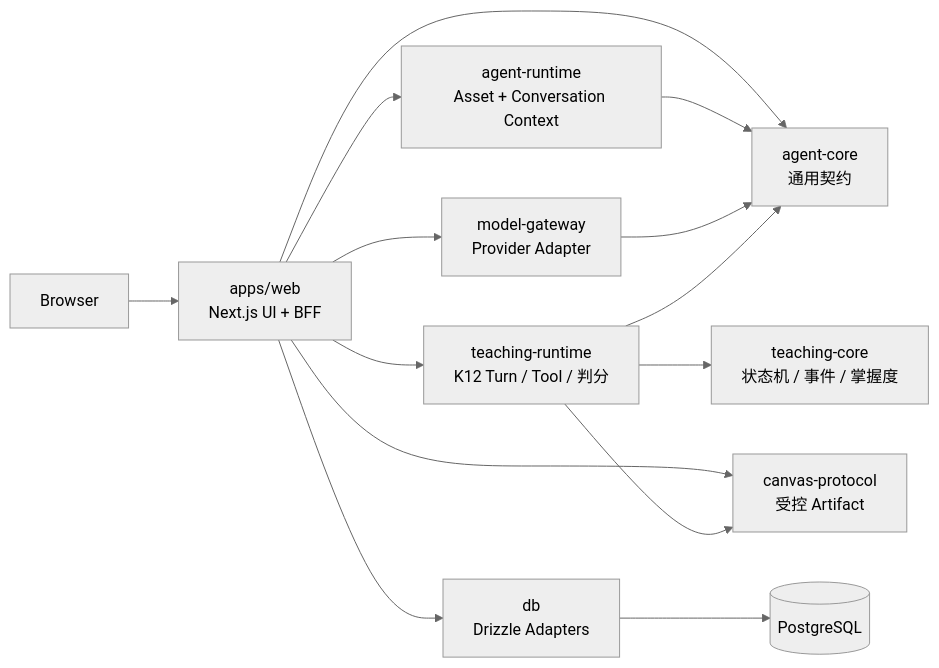
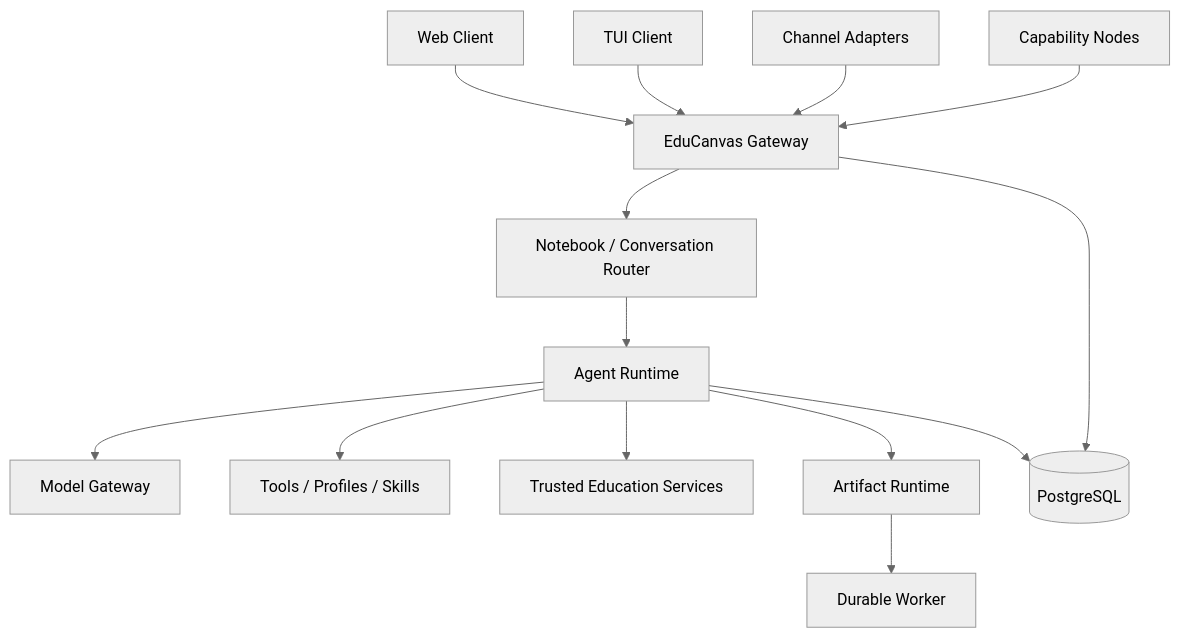
Before and after one commit to Timcai06/EduCanvas: the second of 4 diagrams in README.md, drawn with Mermaid (neutral theme). The commit also changed other lines of this file and 156 other files, not shown here.

Commit message:
完成 Gateway-first 个人 Agent 架构收口 (#85)

````diff
--- a/README.md
+++ b/README.md
@@ -123,16 +144,16 @@
 ```mermaid
-flowchart LR
-    Browser[Browser] --> Web[apps/web\nNext.js UI + BFF]
-    Web --> AgentCore[agent-core\n通用契约]
-    Web --> AgentRuntime[agent-runtime\nAsset + Conversation Context]
-    Web --> TeachingRuntime[teaching-runtime\nK12 Turn / Tool / 判分]
-    Web --> Gateway[model-gateway\nProvider Adapter]
-    Web --> Canvas[canvas-protocol\n受控 Artifact]
-    Web --> DB[db\nDrizzle Adapters]
-    AgentRuntime --> AgentCore
-    Gateway --> AgentCore
-    TeachingRuntime --> AgentCore
-    TeachingRuntime --> TeachingCore[teaching-core\n状态机 / 事件 / 掌握度]
-    TeachingRuntime --> Canvas
-    DB --> PG[(PostgreSQL)]
+flowchart TB
+    Web[Web Client] --> Gateway[EduCanvas Gateway]
+    TUI[TUI Client] --> Gateway
+    Channels[Channel Adapters] --> Gateway
+    Nodes[Capability Nodes] --> Gateway
+    Gateway --> Router[Notebook / Conversation Router]
+    Router --> Runtime[Agent Runtime]
+    Runtime --> ModelGateway[Model Gateway]
+    Runtime --> Tools[Tools / Profiles / Skills]
+    Runtime --> Education[Trusted Education Services]
+    Runtime --> Artifact[Artifact Runtime]
+    Artifact --> Worker[Durable Worker]
+    Gateway --> DB[(PostgreSQL)]
+    Runtime --> DB
 ```
````
